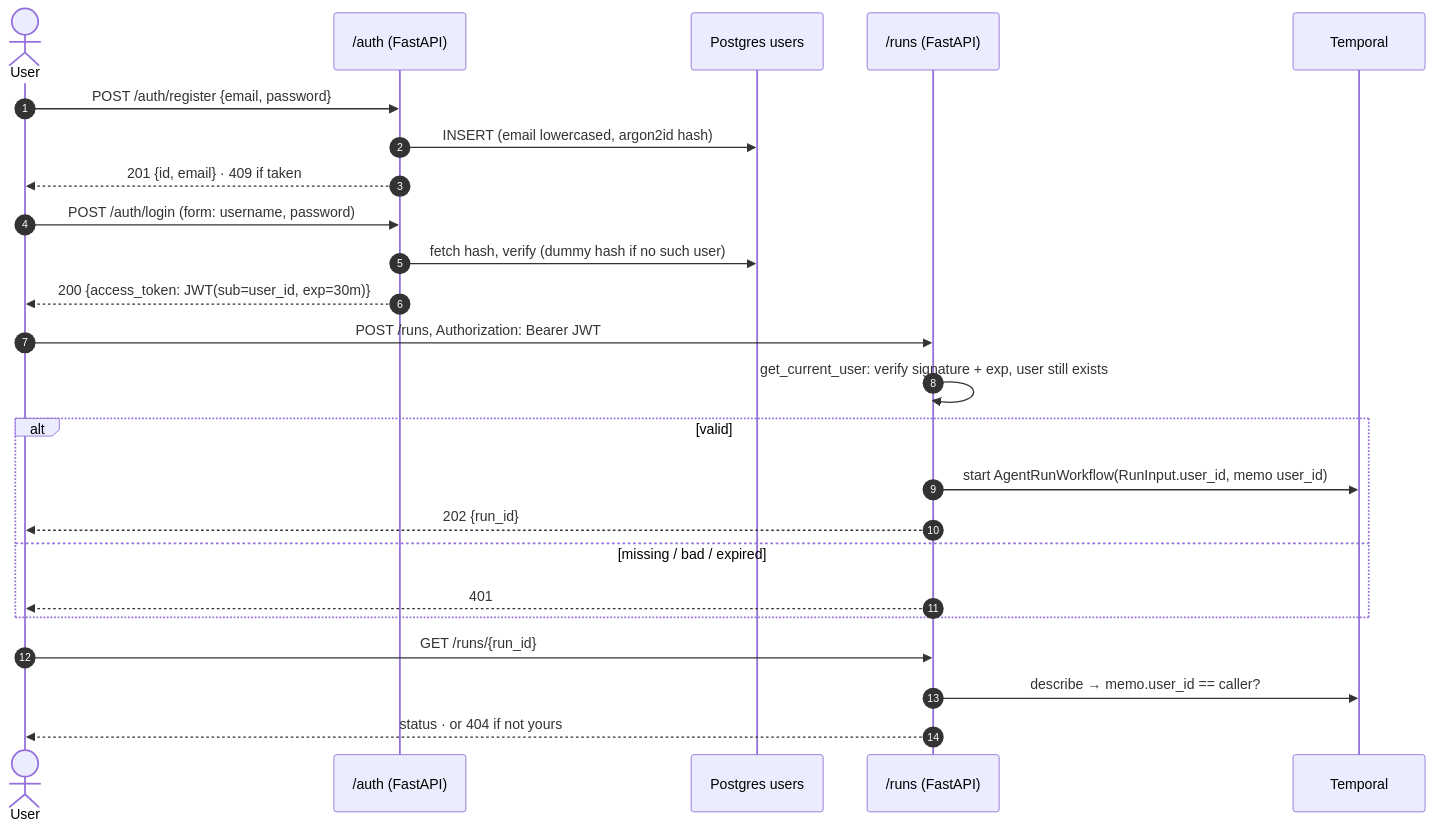
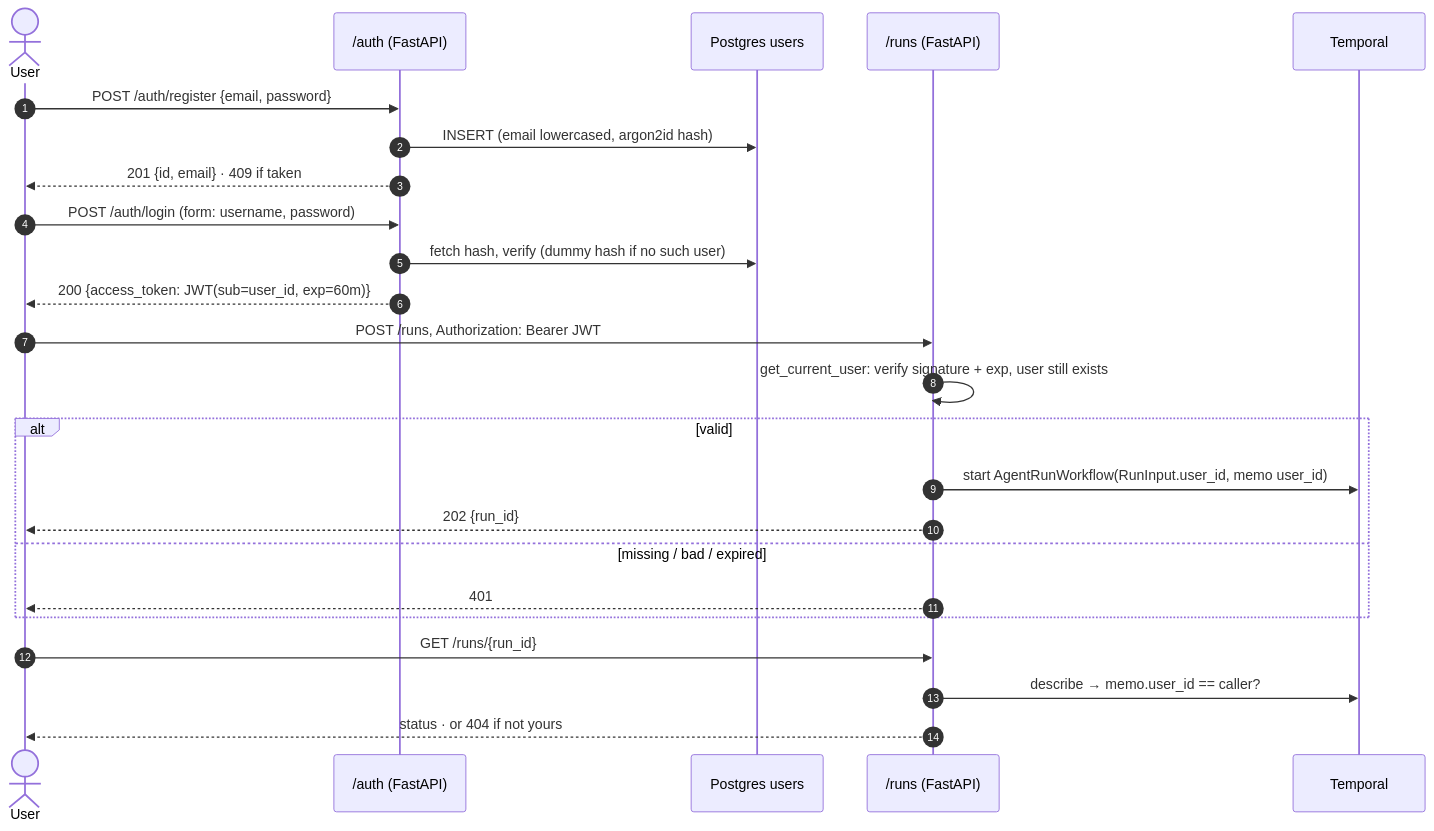
The diagram in docs/phases/phase-5-login-api.md (Anirudh1905/async-agentic-workflows), drawn with Mermaid before and after one commit. The commit also changed other lines of this file and 35 other files, not shown here.

````diff
--- a/docs/phases/phase-5-login-api.md
+++ b/docs/phases/phase-5-login-api.md
@@ -5,26 +5,26 @@
 ```mermaid
 sequenceDiagram
     autonumber
     actor U as User
     participant AUTH as /auth (FastAPI)
     participant DB as Postgres users
     participant RUNS as /runs (FastAPI)
     participant T as Temporal
     U->>AUTH: POST /auth/register {email, password}
     AUTH->>DB: INSERT (email lowercased, argon2id hash)
     AUTH-->>U: 201 {id, email} · 409 if taken
     U->>AUTH: POST /auth/login (form: username, password)
     AUTH->>DB: fetch hash, verify (dummy hash if no such user)
-    AUTH-->>U: 200 {access_token: JWT(sub=user_id, exp=30m)}
+    AUTH-->>U: 200 {access_token: JWT(sub=user_id, exp=60m)}
     U->>RUNS: POST /runs, Authorization: Bearer JWT
     RUNS->>RUNS: get_current_user: verify signature + exp, user still exists
     alt valid
         RUNS->>T: start AgentRunWorkflow(RunInput.user_id, memo user_id)
         RUNS-->>U: 202 {run_id}
     else missing / bad / expired
         RUNS-->>U: 401
     end
     U->>RUNS: GET /runs/{run_id}
     RUNS->>T: describe → memo.user_id == caller?
     RUNS-->>U: status · or 404 if not yours
 ```
````
